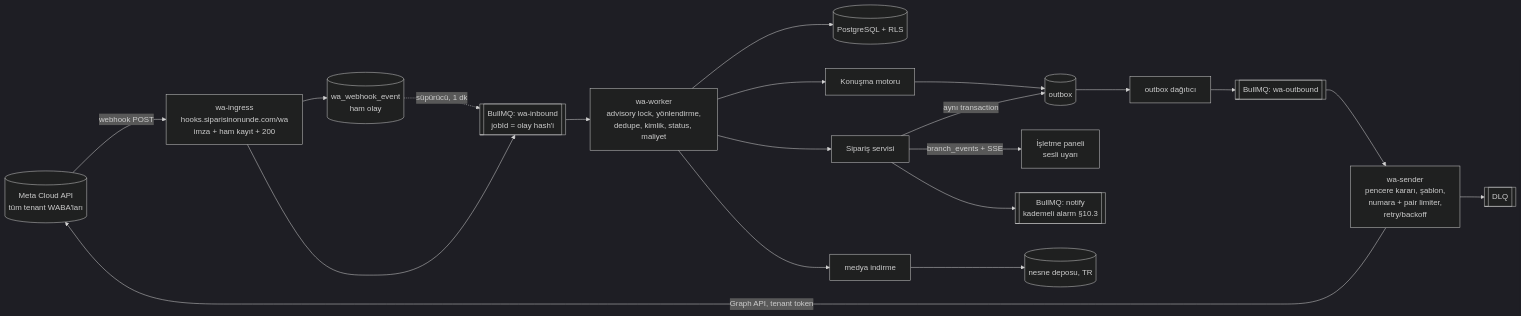
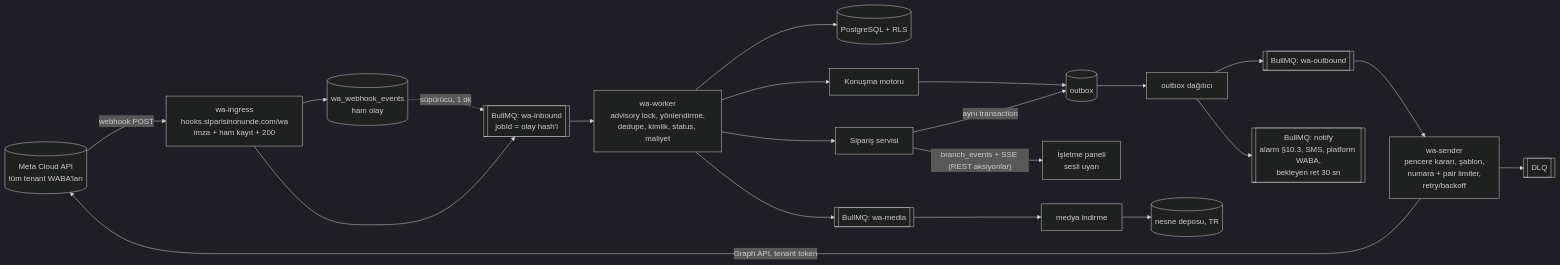
Before and after one commit to eraycaylak/siparisinonunde: the fourth of 4 diagrams in docs/02-whatsapp-entegrasyonu.md, drawn with Mermaid (dark theme). The commit also changed other lines of this file and 9 other files, not shown here.

````diff
--- a/docs/02-whatsapp-entegrasyonu.md
+++ b/docs/02-whatsapp-entegrasyonu.md
@@ -639,21 +691,21 @@
 ```mermaid
 flowchart LR
   Meta[("Meta Cloud API<br/>tüm tenant WABA'ları")] -- webhook POST --> ING["wa-ingress<br/>hooks.siparisinonunde.com/wa<br/>imza + ham kayıt + 200"]
-  ING --> RAW[(wa_webhook_event<br/>ham olay)]
+  ING --> RAW[(wa_webhook_events<br/>ham olay)]
   ING --> Q1[["BullMQ: wa-inbound<br/>jobId = olay hash'i"]]
   RAW -. süpürücü, 1 dk .-> Q1
   Q1 --> WK[wa-worker<br/>advisory lock, yönlendirme,<br/>dedupe, kimlik, status, maliyet]
   WK --> DB[(PostgreSQL + RLS)]
   WK --> ENG[Konuşma motoru]
   WK --> ORD[Sipariş servisi]
   ORD -- aynı transaction --> OBX[(outbox)]
   ENG --> OBX
   OBX --> DSP[outbox dağıtıcı]
   DSP --> Q2[["BullMQ: wa-outbound"]]
   Q2 --> SND[wa-sender<br/>pencere kararı, şablon,<br/>numara + pair limiter,<br/>retry/backoff]
   SND -- Graph API, tenant token --> Meta
   SND --> DLQ[[DLQ]]
-  WK --> MED[medya indirme] --> OBJ[(nesne deposu, TR)]
-  ORD -- "branch_events + SSE" --> PANEL[İşletme paneli<br/>sesli uyarı]
-  ORD --> NTF[["BullMQ: notify<br/>kademeli alarm §10.3"]]
+  WK --> Q3[["BullMQ: wa-media"]] --> MED[medya indirme] --> OBJ[(nesne deposu, TR)]
+  ORD -- "branch_events + SSE (REST aksiyonlar)" --> PANEL[İşletme paneli<br/>sesli uyarı]
+  DSP --> NTF[["BullMQ: notify<br/>alarm §10.3, SMS, platform WABA,<br/>bekleyen ret 30 sn"]]
 ```
````
